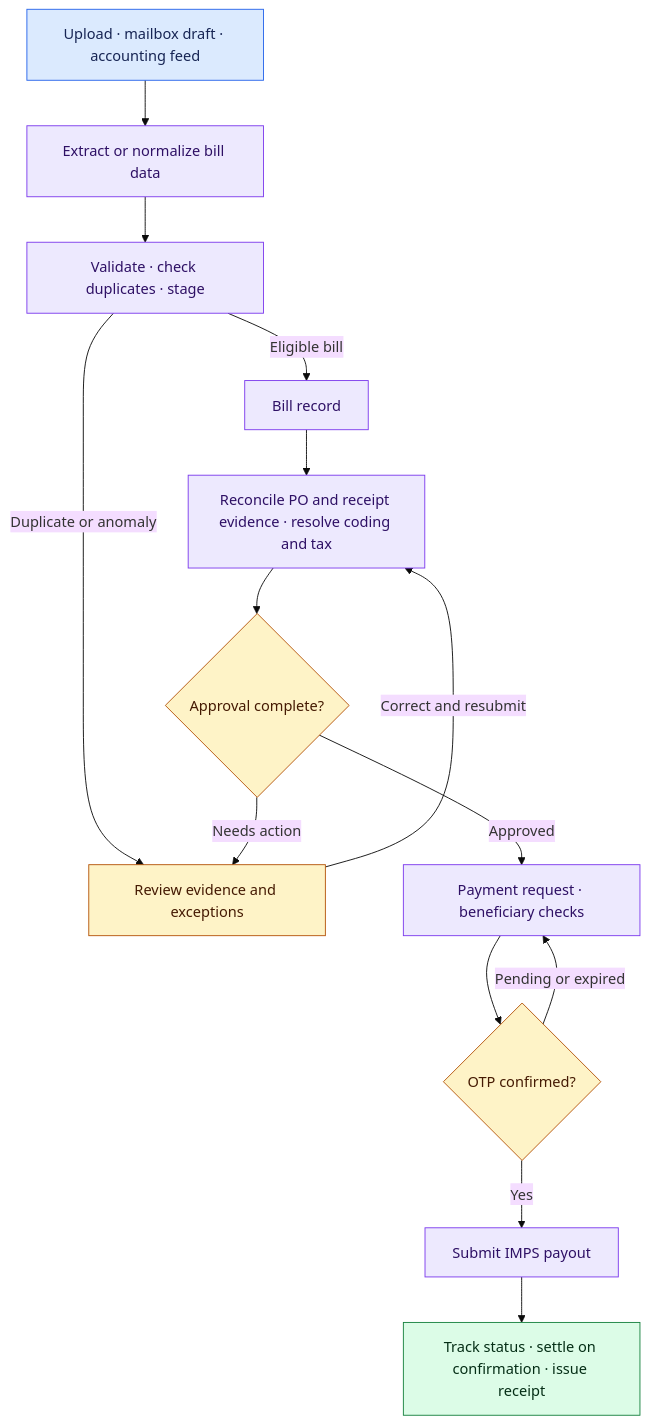
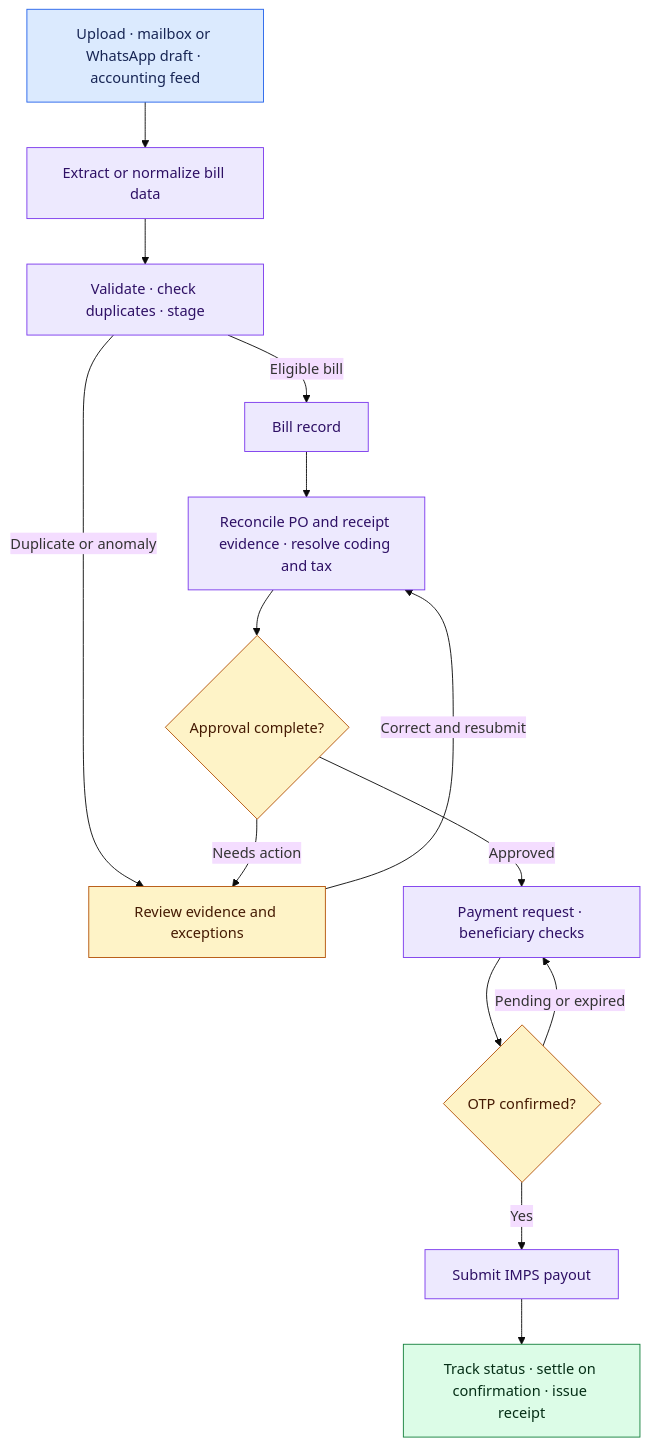
One commit to r-rishit27/equal_hackathon changed the second of 4 diagrams in README.md. Above: the diagram before and after it, drawn with Mermaid (base theme). The commit also changed other lines of this file and 6 other files, not shown here.

Commit message:
Document Twilio WhatsApp intake, render service diagrams and record forecast evaluations

````diff
--- a/README.md
+++ b/README.md
@@ -186,25 +206,25 @@
 ```mermaid
 flowchart TD
-    Intake["Upload · mailbox draft · accounting feed"] --> Capture["Extract or normalize bill data"]
+    Intake["Upload · mailbox or WhatsApp draft · accounting feed"] --> Capture["Extract or normalize bill data"]
     Capture --> Stage["Validate · check duplicates · stage"]
     Stage -->|Eligible bill| Bill["Bill record"]
     Stage -->|Duplicate or anomaly| Review["Review evidence and exceptions"]
     Bill --> Evidence["Reconcile PO and receipt evidence · resolve coding and tax"]
     Evidence --> Approval{"Approval complete?"}
     Approval -->|Needs action| Review
     Review -->|Correct and resubmit| Evidence
     Approval -->|Approved| Pay["Payment request · beneficiary checks"]
     Pay --> OTP{"OTP confirmed?"}
     OTP -->|Yes| Gateway["Submit IMPS payout"]
     OTP -->|Pending or expired| Pay
     Gateway --> Settle["Track status · settle on confirmation · issue receipt"]
 
     classDef input fill:#dbeafe,stroke:#2563eb,color:#172554;
     classDef process fill:#ede9fe,stroke:#7c3aed,color:#2e1065;
     classDef review fill:#fef3c7,stroke:#b45309,color:#451a03;
     classDef outcome fill:#dcfce7,stroke:#15803d,color:#052e16;
     class Intake input;
     class Capture,Stage,Bill,Evidence,Pay,Gateway process;
     class Review,Approval,OTP review;
     class Settle outcome;
 ```
````
